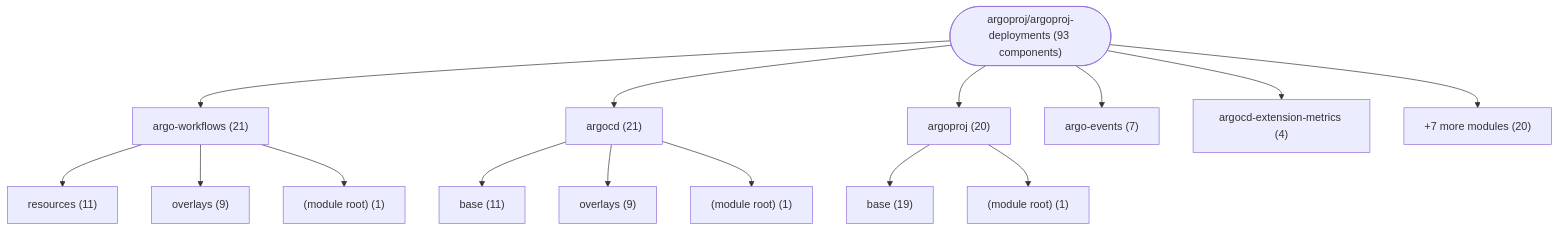
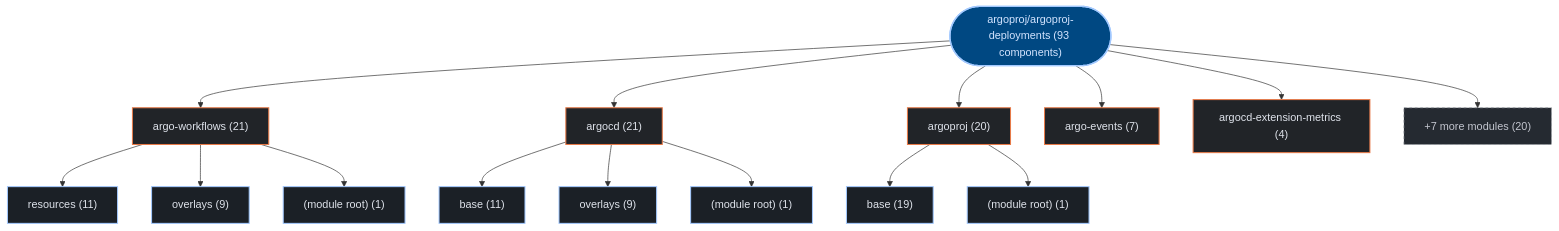
The first of 3 diagrams in exports/latest/reports/argoproj-argoproj-deployments-report.md (kumarshaz/atruss-code-atlas), drawn with Mermaid before and after one commit. The commit also changed other lines of this file and 331 other files, not shown here.

Commit message:
docs,ui,fix: update SDLC docs, reorder CI/CD DAG first, stylize Mermaid, and fix Arc42 pipeline topology

````diff
--- a/exports/latest/reports/argoproj-argoproj-deployments-report.md
+++ b/exports/latest/reports/argoproj-argoproj-deployments-report.md
@@ -41,32 +41,39 @@
 ```mermaid
 graph TD;
-    repo_root(["argoproj/argoproj-deployments (93 components)"])
-    dir_0_argo_workflows["argo-workflows (21)"]
+  classDef atlasRoot fill:#004882,stroke:#a3c9ff,stroke-width:2px,color:#d3e4ff
+  classDef atlasCategory fill:#212428,stroke:#E87A48,stroke-width:1.5px,color:#dfe3eb
+  classDef atlasWorkflow fill:#1b2026,stroke:#a3c9ff,stroke-width:1.5px,color:#dfe3eb
+  classDef atlasJob fill:#171c22,stroke:#8d9199,stroke-width:1px,color:#dfe3eb
+  classDef atlasTarget fill:#005227,stroke:#8bd99b,stroke-width:1.5px,color:#a7f6b6
+  classDef atlasAlert fill:#93000a,stroke:#ffb4ab,stroke-width:1.5px,color:#ffdad6
+  classDef atlasMore fill:#252a31,stroke:#8d9199,stroke-dasharray:4 4,color:#c3c6cf
+    repo_root(["argoproj/argoproj-deployments (93 components)"]):::atlasRoot
+    dir_0_argo_workflows["argo-workflows (21)"]:::atlasCategory
     repo_root --> dir_0_argo_workflows
-    sub_0_0_resources["resources (11)"]
+    sub_0_0_resources["resources (11)"]:::atlasWorkflow
     dir_0_argo_workflows --> sub_0_0_resources
-    sub_0_1_overlays["overlays (9)"]
+    sub_0_1_overlays["overlays (9)"]:::atlasWorkflow
     dir_0_argo_workflows --> sub_0_1_overlays
-    sub_0_2__module_root_["(module root) (1)"]
+    sub_0_2__module_root_["(module root) (1)"]:::atlasWorkflow
     dir_0_argo_workflows --> sub_0_2__module_root_
-    dir_1_argocd["argocd (21)"]
+    dir_1_argocd["argocd (21)"]:::atlasCategory
     repo_root --> dir_1_argocd
-    sub_1_0_base["base (11)"]
+    sub_1_0_base["base (11)"]:::atlasWorkflow
     dir_1_argocd --> sub_1_0_base
-    sub_1_1_overlays["overlays (9)"]
+    sub_1_1_overlays["overlays (9)"]:::atlasWorkflow
     dir_1_argocd --> sub_1_1_overlays
-    sub_1_2__module_root_["(module root) (1)"]
+    sub_1_2__module_root_["(module root) (1)"]:::atlasWorkflow
     dir_1_argocd --> sub_1_2__module_root_
-    dir_2_argoproj["argoproj (20)"]
+    dir_2_argoproj["argoproj (20)"]:::atlasCategory
     repo_root --> dir_2_argoproj
-    sub_2_0_base["base (19)"]
+    sub_2_0_base["base (19)"]:::atlasWorkflow
     dir_2_argoproj --> sub_2_0_base
-    sub_2_1__module_root_["(module root) (1)"]
+    sub_2_1__module_root_["(module root) (1)"]:::atlasWorkflow
     dir_2_argoproj --> sub_2_1__module_root_
-    dir_3_argo_events["argo-events (7)"]
+    dir_3_argo_events["argo-events (7)"]:::atlasCategory
     repo_root --> dir_3_argo_events
-    dir_4_argocd_extension_metrics["argocd-extension-metrics (4)"]
+    dir_4_argocd_extension_metrics["argocd-extension-metrics (4)"]:::atlasCategory
     repo_root --> dir_4_argocd_extension_metrics
-    dir_other_modules["+7 more modules (20)"]
+    dir_other_modules["+7 more modules (20)"]:::atlasMore
     repo_root --> dir_other_modules
 ```
````
